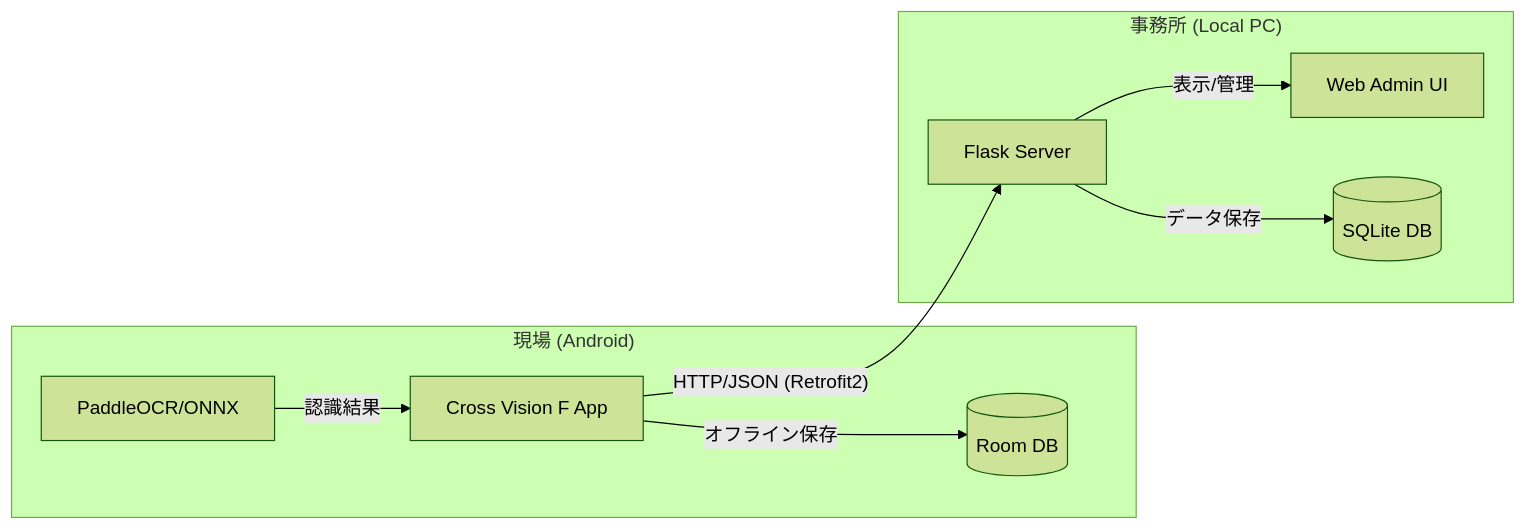
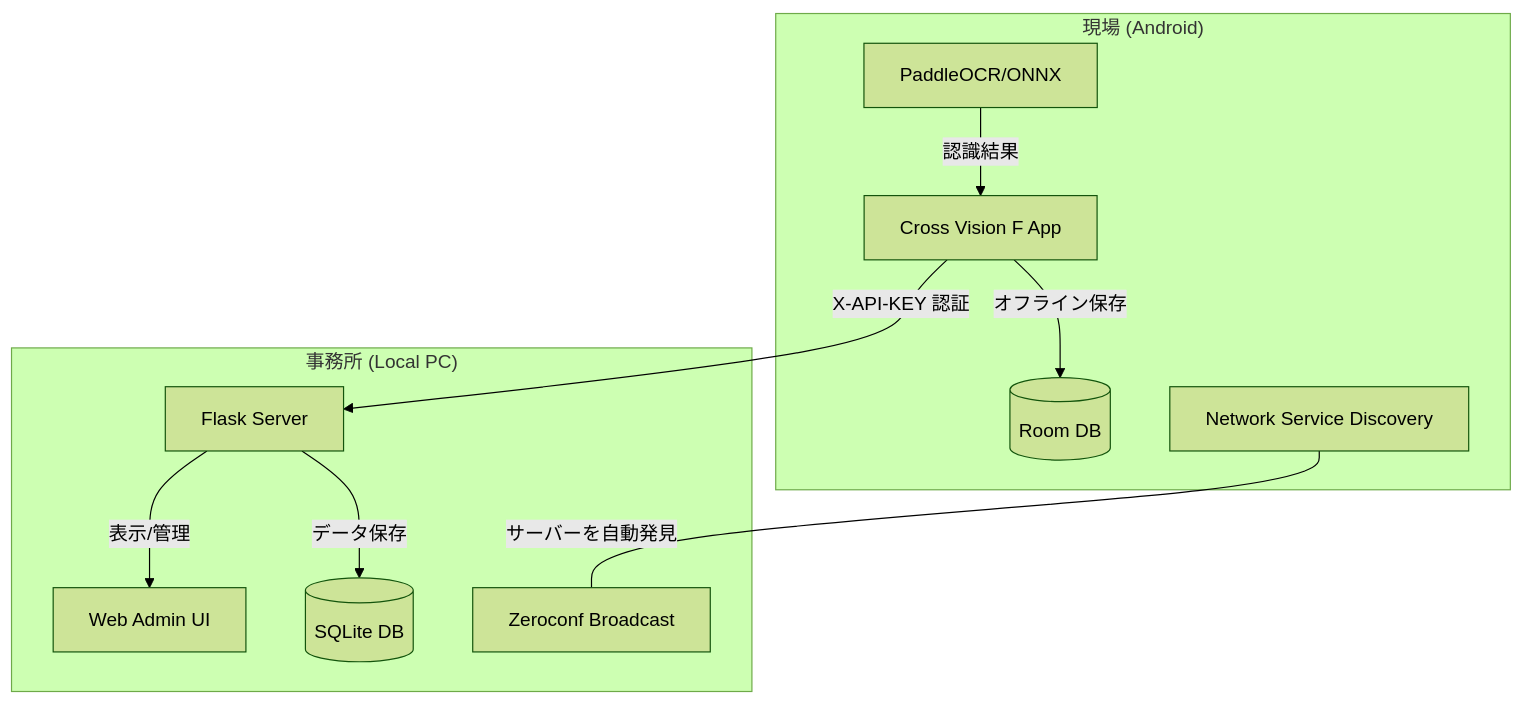
One commit to iput04-isono/Solution changed the diagram in README.md. Above: the diagram before and after it, drawn with Mermaid (forest theme). The commit also changed other lines of this file and 1 other file, not shown here.

````diff
--- a/README.md
+++ b/README.md
@@ -29,20 +36,23 @@
 ```mermaid
-graph LR
+graph TD
     subgraph "現場 (Android)"
         App[Cross Vision F App]
         OCR[PaddleOCR/ONNX]
         Room[(Room DB)]
+        NSD[Network Service Discovery]
     end
     
     subgraph "事務所 (Local PC)"
         Server[Flask Server]
         Admin[Web Admin UI]
         SQLite[(SQLite DB)]
+        ZC[Zeroconf Broadcast]
     end
 
-    App -- "HTTP/JSON (Retrofit2)" --> Server
+    App -- "X-API-KEY 認証" --> Server
+    NSD -- "サーバーを自動発見" --- ZC
     OCR -- "認識結果" --> App
     App -- "オフライン保存" --> Room
     Server -- "表示/管理" --> Admin
     Server -- "データ保存" --> SQLite
 ```
````
